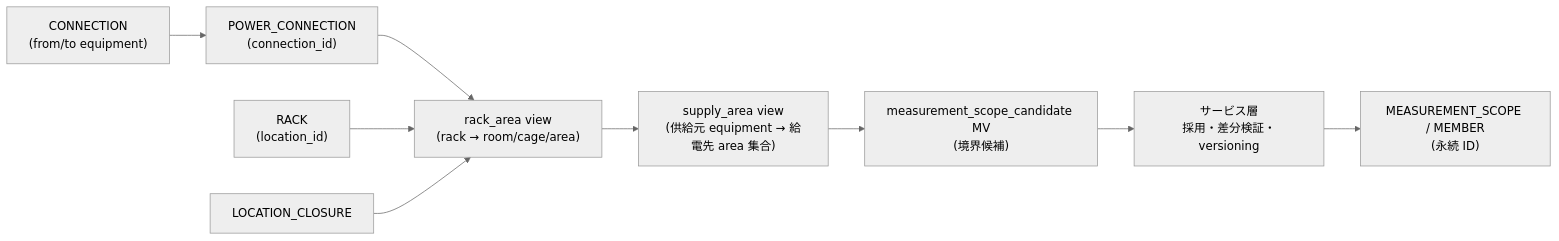
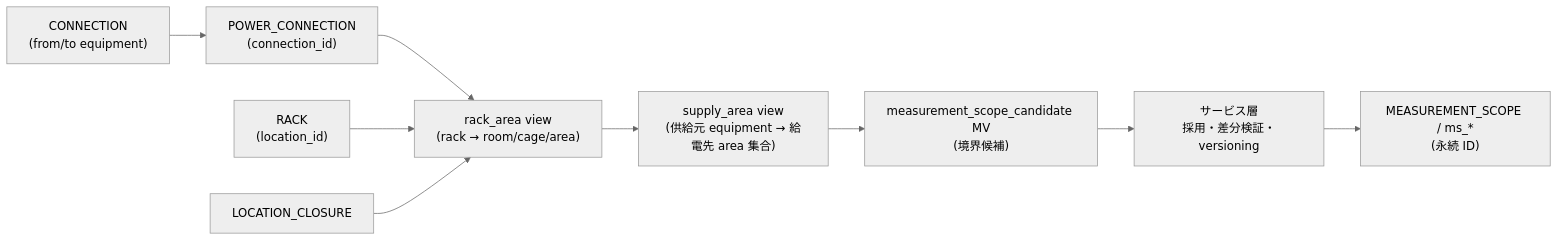
The third of 5 diagrams in 10-measurement-scope-derived-metrics.md (hn-11/dcim-schema-design), drawn with Mermaid (neutral theme) before and after one commit. The commit also changed other lines of this file and 8 other files, not shown here.

First line of the commit message:
refactor(schema): 論理グルーピング追加 + 型制約全面改訂 + 構造リファクタ

````diff
--- a/10-measurement-scope-derived-metrics.md
+++ b/10-measurement-scope-derived-metrics.md
@@ -103,11 +133,11 @@
 ```mermaid
 flowchart LR
     PC["POWER_CONNECTION<br/>(connection_id)"] --> RR
     EDGE["CONNECTION<br/>(from/to equipment)"] --> PC
     RACK["RACK<br/>(location_id)"] --> RR
     LC["LOCATION_CLOSURE"] --> RR["rack_area view<br/>(rack → room/cage/area)"]
     RR --> PR["supply_area view<br/>(供給元 equipment → 給電先 area 集合)"]
     PR --> CAND["measurement_scope_candidate MV<br/>(境界候補)"]
     CAND --> SVC["サービス層<br/>採用・差分検証・versioning"]
-    SVC --> MS["MEASUREMENT_SCOPE / MEMBER<br/>(永続 ID)"]
+    SVC --> MS["MEASUREMENT_SCOPE / ms_*<br/>(永続 ID)"]
 ```
````
